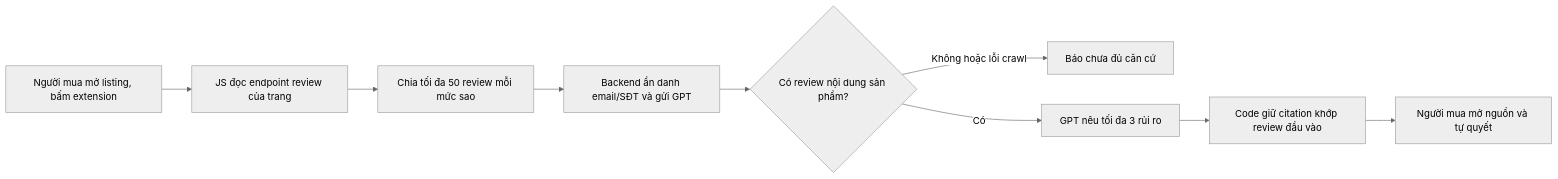
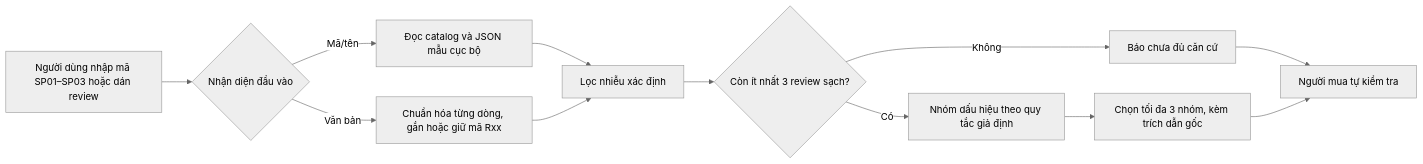
The diagram in spec.md (vinhnk2753-blip/K5-Day15-L3A-borntobuild), drawn with Mermaid (neutral theme) before and after one commit. The commit also changed other lines of this file and 4 other files, not shown here.

````diff
--- a/spec.md
+++ b/spec.md
@@ -42,11 +43,14 @@
   ```mermaid
   flowchart LR
-    A[Người mua mở listing, bấm extension] --> B[JS đọc endpoint review của trang]
-    B --> C[Chia tối đa 50 review mỗi mức sao]
-    C --> D[Backend ẩn danh email/SĐT và gửi GPT]
-    D --> E{Có review nội dung sản phẩm?}
-    E -- Không hoặc lỗi crawl --> F[Báo chưa đủ căn cứ]
-    E -- Có --> G[GPT nêu tối đa 3 rủi ro]
-    G --> H[Code giữ citation khớp review đầu vào]
-    H --> I[Người mua mở nguồn và tự quyết]
+    A[Người dùng nhập mã SP01–SP03 hoặc dán review] --> B{Nhận diện đầu vào}
+    B -- Mã/tên --> C[Đọc catalog và JSON mẫu cục bộ]
+    B -- Văn bản --> D[Chuẩn hóa từng dòng, gắn hoặc giữ mã Rxx]
+    C --> E[Lọc nhiễu xác định]
+    D --> E
+    E --> F{Còn ít nhất 3 review sạch?}
+    F -- Không --> G[Báo chưa đủ căn cứ]
+    F -- Có --> H[Nhóm dấu hiệu theo quy tắc giả định]
+    H --> I[Chọn tối đa 3 nhóm, kèm trích dẫn gốc]
+    G --> J[Người mua tự kiểm tra]
+    I --> J
   ```
````
